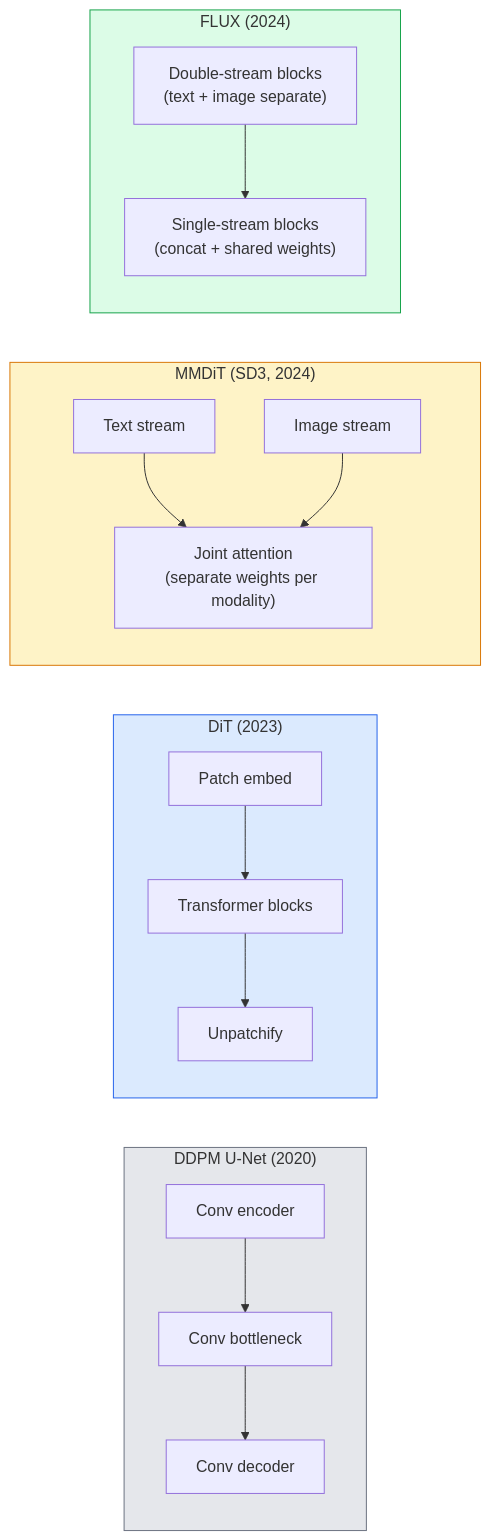
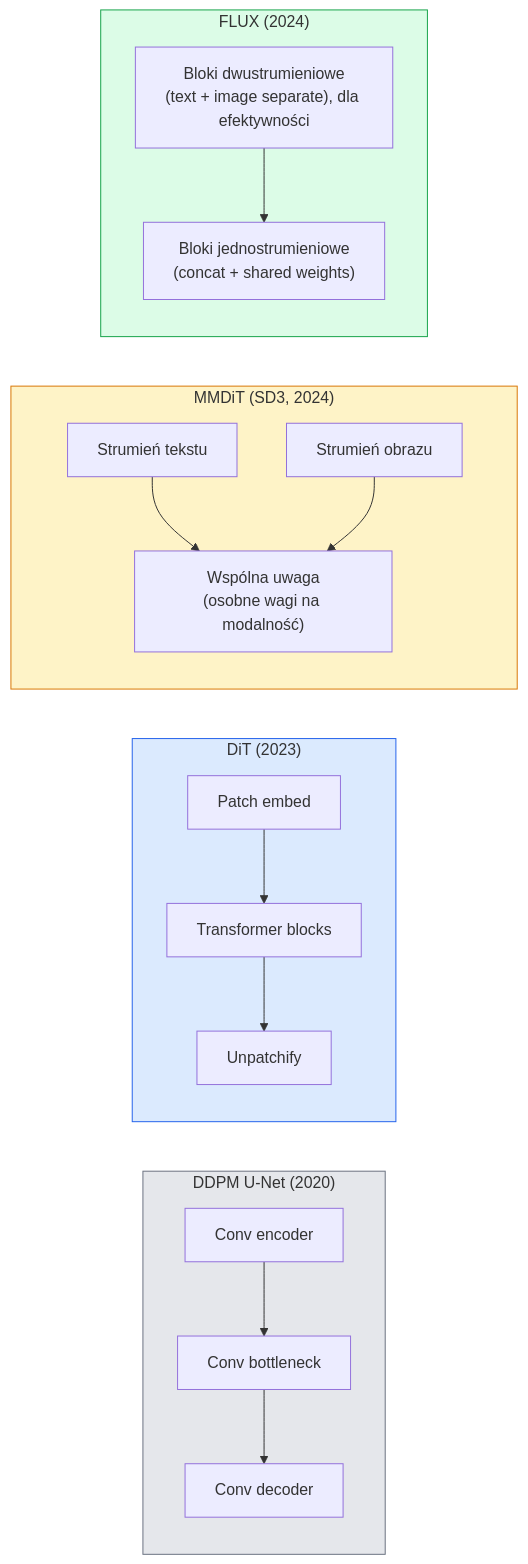
One commit to hublorx/ai-engineering-from-scratch changed the diagram in phases/04-computer-vision/23-diffusion-transformers-rectified-flow/docs/en.md. Above: the diagram before and after it, drawn with Mermaid. The commit also changed other lines of this file and 27 other files, not shown here.

````diff
--- a/phases/04-computer-vision/23-diffusion-transformers-rectified-flow/docs/en.md
+++ b/phases/04-computer-vision/23-diffusion-transformers-rectified-flow/docs/en.md
@@ -29,21 +29,21 @@
 ```mermaid
 flowchart LR
     subgraph UNET["DDPM U-Net (2020)"]
         U1["Conv encoder"] --> U2["Conv bottleneck"] --> U3["Conv decoder"]
     end
     subgraph DIT["DiT (2023)"]
         D1["Patch embed"] --> D2["Transformer blocks"] --> D3["Unpatchify"]
     end
     subgraph MMDIT["MMDiT (SD3, 2024)"]
-        M1["Text stream"] --> M3["Joint attention<br/>(separate weights per modality)"]
-        M2["Image stream"] --> M3
+        M1["Strumień tekstu"] --> M3["Wspólna uwaga<br/>(osobne wagi na modalność)"]
+        M2["Strumień obrazu"] --> M3
     end
     subgraph FLUX["FLUX (2024)"]
-        F1["Double-stream blocks<br/>(text + image separate)"] --> F2["Single-stream blocks<br/>(concat + shared weights)"]
+        F1["Bloki dwustrumieniowe<br/>(text + image separate), dla efektywności"] --> F2["Bloki jednostrumieniowe<br/>(concat + shared weights)"]
     end
 
     style UNET fill:#e5e7eb,stroke:#6b7280
     style DIT fill:#dbeafe,stroke:#2563eb
     style MMDIT fill:#fef3c7,stroke:#d97706
     style FLUX fill:#dcfce7,stroke:#16a34a
 ```
````
